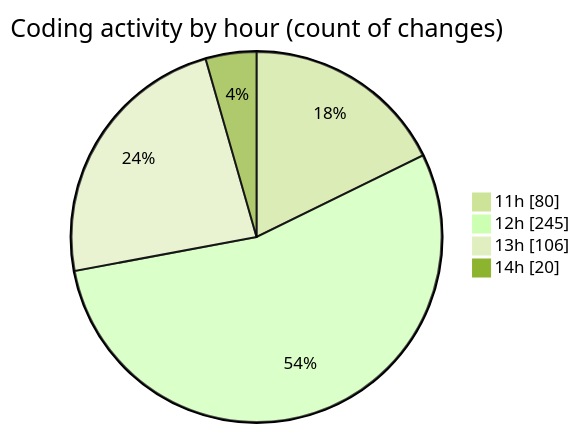
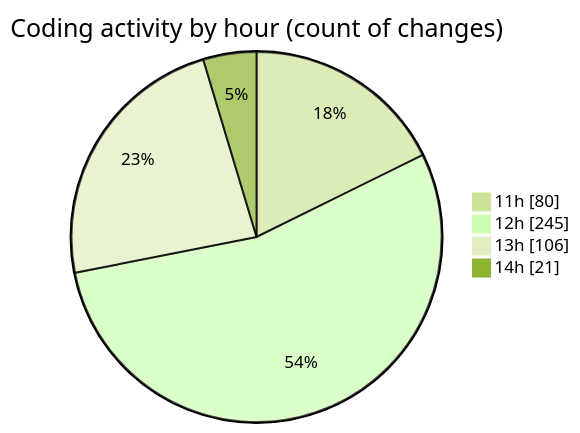
The second of 2 diagrams in 2025-04-19/nxtqube_webapp/README.md (nxtqubesakshisongat/code-tracking), drawn with Mermaid (forest theme) before and after one commit. The commit also changed other lines of this file and 1 other file, not shown here.

````diff
--- a/2025-04-19/nxtqube_webapp/README.md
+++ b/2025-04-19/nxtqube_webapp/README.md
@@ -51,8 +51,8 @@
 ```mermaid
 pie showData
 title Coding activity by hour (count of changes)
 "11h" : 80
 "12h" : 245
 "13h" : 106
-"14h" : 20
+"14h" : 21
 ```
````
